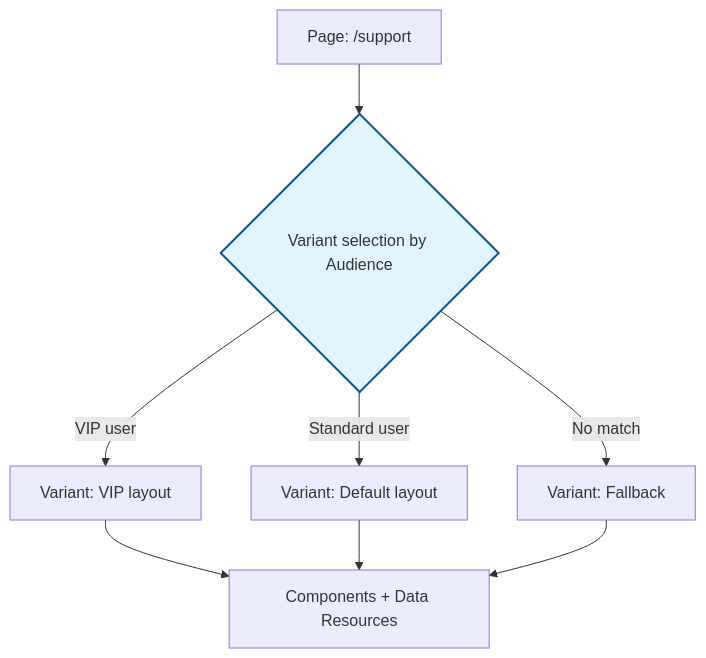
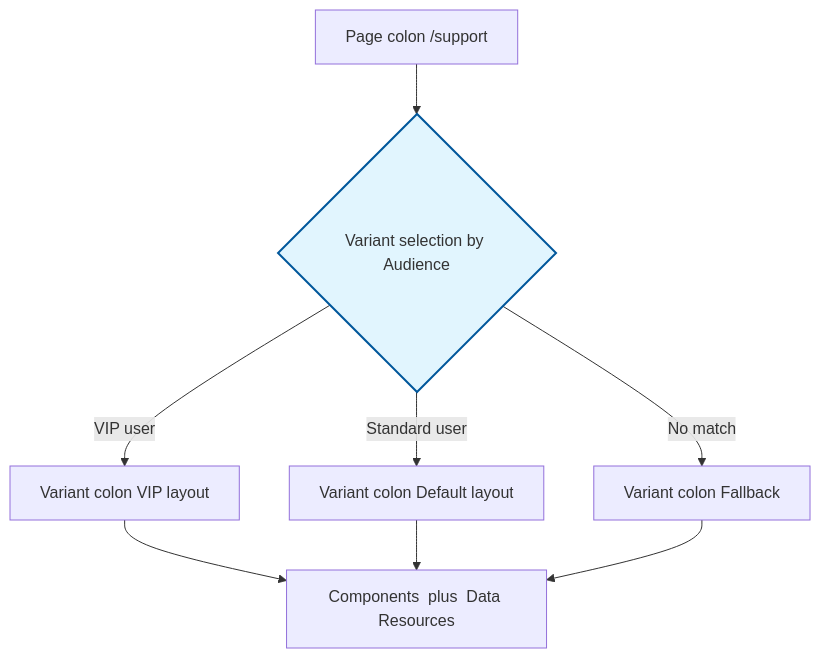
The second of 2 diagrams in docs/modules/portal/portal-guide.md (eltonaguiar/ServiceNow_Learning_TSOM-_CSM_FSM_SalesCRM_HAM_ITSM), drawn with Mermaid before and after one commit. The commit also changed 19 other files, not shown here.

Commit message:
Fix all Mermaid diagram special characters - replace dollar, parens, slashes, quotes, pipes, nested brackets and other unsafe chars inside brackets with safe alternatives across 19 files

````diff
--- a/docs/modules/portal/portal-guide.md
+++ b/docs/modules/portal/portal-guide.md
@@ -148,11 +148,11 @@
 ```mermaid
 graph TD
-    A[Page: /support] --> B{Variant selection by Audience}
-    B -->|VIP user| C[Variant: VIP layout]
-    B -->|Standard user| D[Variant: Default layout]
-    B -->|No match| E[Variant: Fallback]
-    C --> F[Components + Data Resources]
+    A[Page colon  /support] --> B{Variant selection by Audience}
+    B -->|VIP user| C[Variant colon  VIP layout]
+    B -->|Standard user| D[Variant colon  Default layout]
+    B -->|No match| E[Variant colon  Fallback]
+    C --> F[Components  plus  Data Resources]
     D --> F
     E --> F
     style B fill:#e1f5fe,stroke:#01579b,stroke-width:2px
 ```
````
